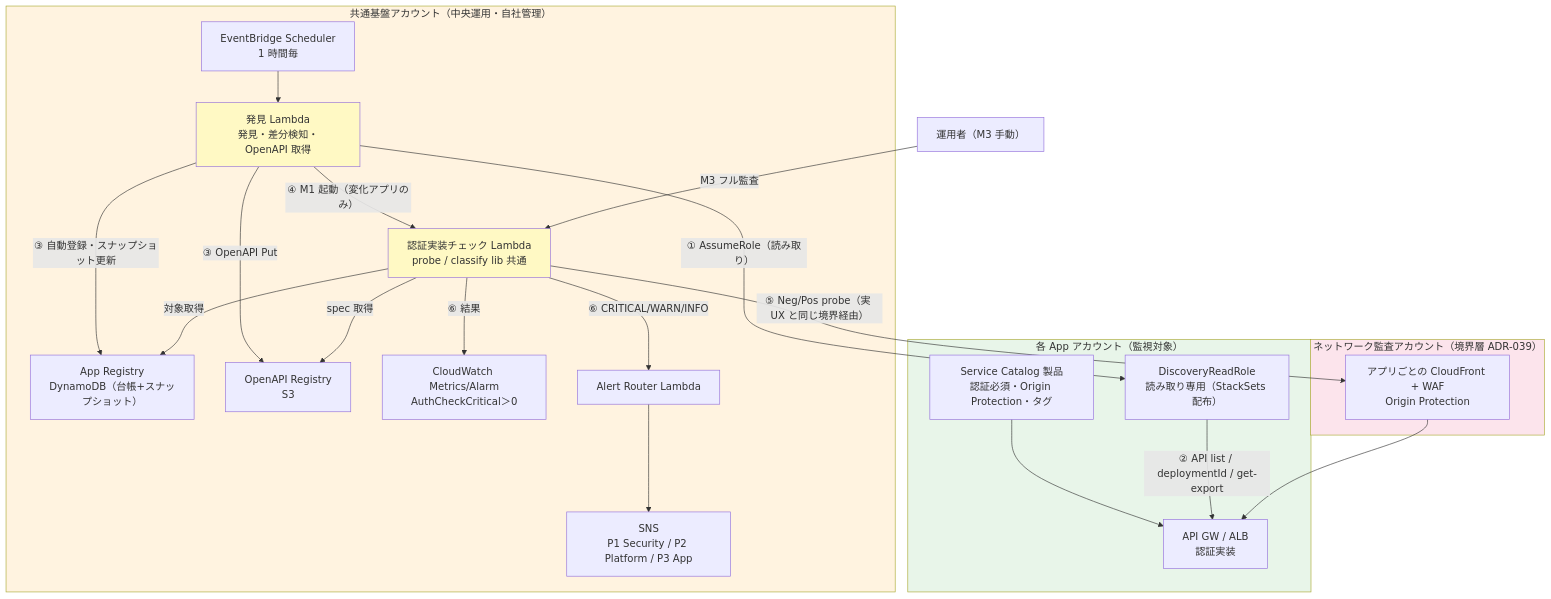
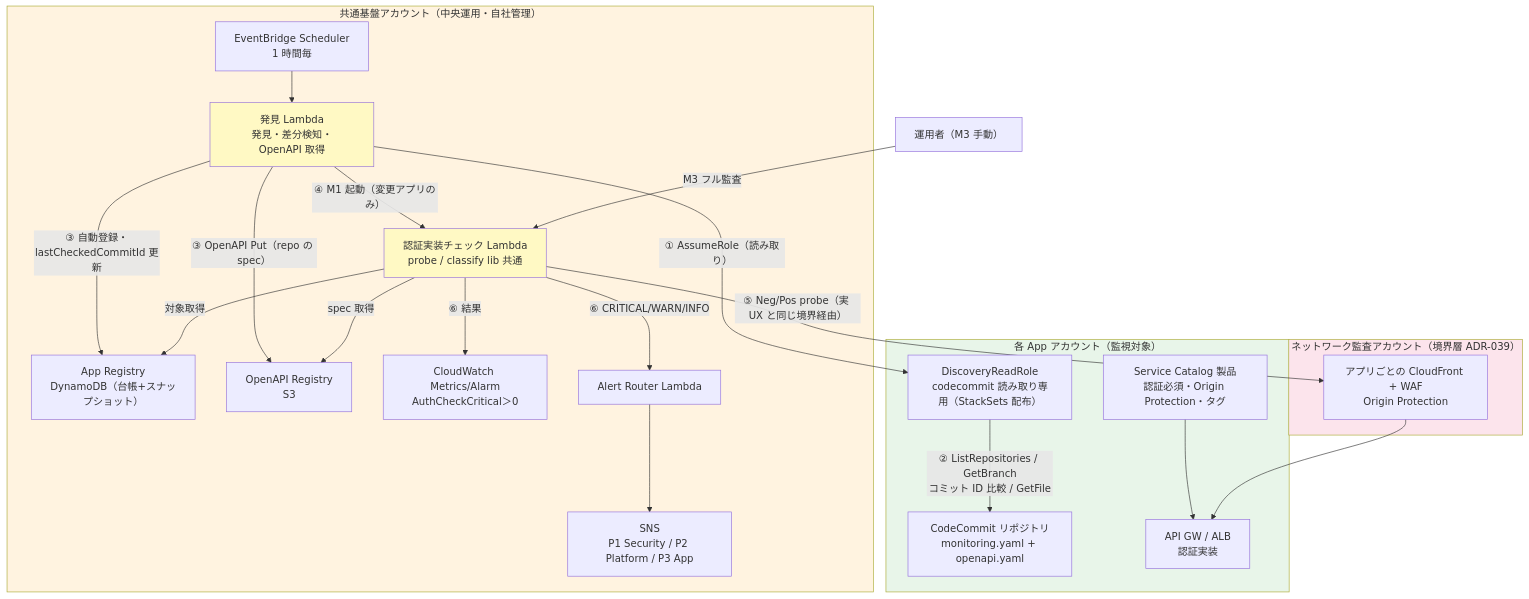
Before and after one commit to suepie/aws-atuh-poc: the second of 5 diagrams in doc/api-platform/basic-design/10-external-monitoring-overview.md, drawn with Mermaid. The commit also changed other lines of this file and 11 other files, not shown here.

````diff
--- a/doc/api-platform/basic-design/10-external-monitoring-overview.md
+++ b/doc/api-platform/basic-design/10-external-monitoring-overview.md
@@ -119,47 +121,48 @@
 ```mermaid
 flowchart TB
     MAN["運用者（M3 手動）"]
 
     subgraph Central["共通基盤アカウント（中央運用・自社管理）"]
         SCH["EventBridge Scheduler<br/>1 時間毎"]
         DISC["発見 Lambda<br/>発見・差分検知・OpenAPI 取得"]
         REG["App Registry<br/>DynamoDB（台帳+スナップショット）"]
         OAR["OpenAPI Registry<br/>S3"]
         PROBE["認証実装チェック Lambda<br/>probe / classify lib 共通"]
         CWM["CloudWatch Metrics/Alarm<br/>AuthCheckCritical＞0"]
         ALR["Alert Router Lambda"]
         SNS["SNS<br/>P1 Security / P2 Platform / P3 App"]
     end
 
     subgraph Edge["ネットワーク監査アカウント（境界層 ADR-039）"]
         CF["アプリごとの CloudFront + WAF<br/>Origin Protection"]
     end
 
     subgraph AppAcct["各 App アカウント（監視対象）"]
         SCP["Service Catalog 製品<br/>認証必須・Origin Protection・タグ"]
+        REPO["CodeCommit リポジトリ<br/>monitoring.yaml + openapi.yaml"]
         APIGW["API GW / ALB<br/>認証実装"]
-        ROLE["DiscoveryReadRole<br/>読み取り専用（StackSets 配布）"]
+        ROLE["DiscoveryReadRole<br/>codecommit 読み取り専用（StackSets 配布）"]
         SCP --> APIGW
     end
 
     SCH --> DISC
     DISC -->|"① AssumeRole（読み取り）"| ROLE
-    ROLE -->|"② API list / deploymentId / get-export"| APIGW
-    DISC -->|"③ 自動登録・スナップショット更新"| REG
-    DISC -->|"③ OpenAPI Put"| OAR
-    DISC -->|"④ M1 起動（変化アプリのみ）"| PROBE
+    ROLE -->|"② ListRepositories / GetBranch<br/>コミット ID 比較 / GetFile"| REPO
+    DISC -->|"③ 自動登録・lastCheckedCommitId 更新"| REG
+    DISC -->|"③ OpenAPI Put（repo の spec）"| OAR
+    DISC -->|"④ M1 起動（変更アプリのみ）"| PROBE
     MAN -->|"M3 フル監査"| PROBE
     PROBE -->|"対象取得"| REG
     PROBE -->|"spec 取得"| OAR
     PROBE -->|"⑤ Neg/Pos probe（実 UX と同じ境界経由）"| CF
     CF --> APIGW
     PROBE -->|"⑥ 結果"| CWM
     PROBE -->|"⑥ CRITICAL/WARN/INFO"| ALR
     ALR --> SNS
 
     style Central fill:#fff3e0
     style Edge fill:#fce4ec
     style AppAcct fill:#e8f5e9
     style PROBE fill:#fff9c4
     style DISC fill:#fff9c4
 ```
````
